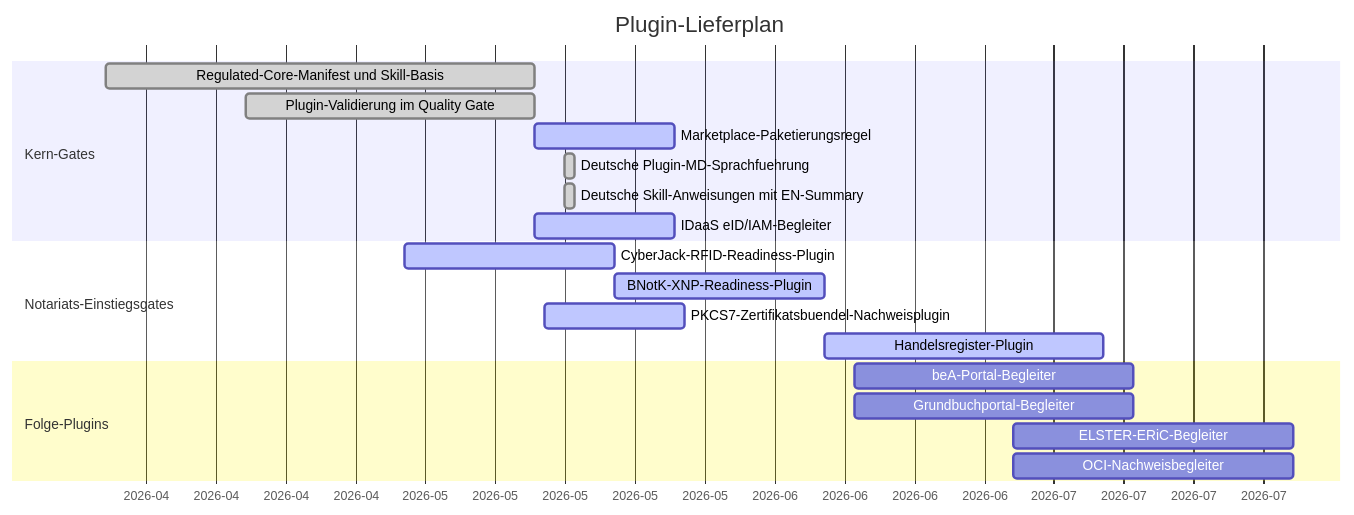
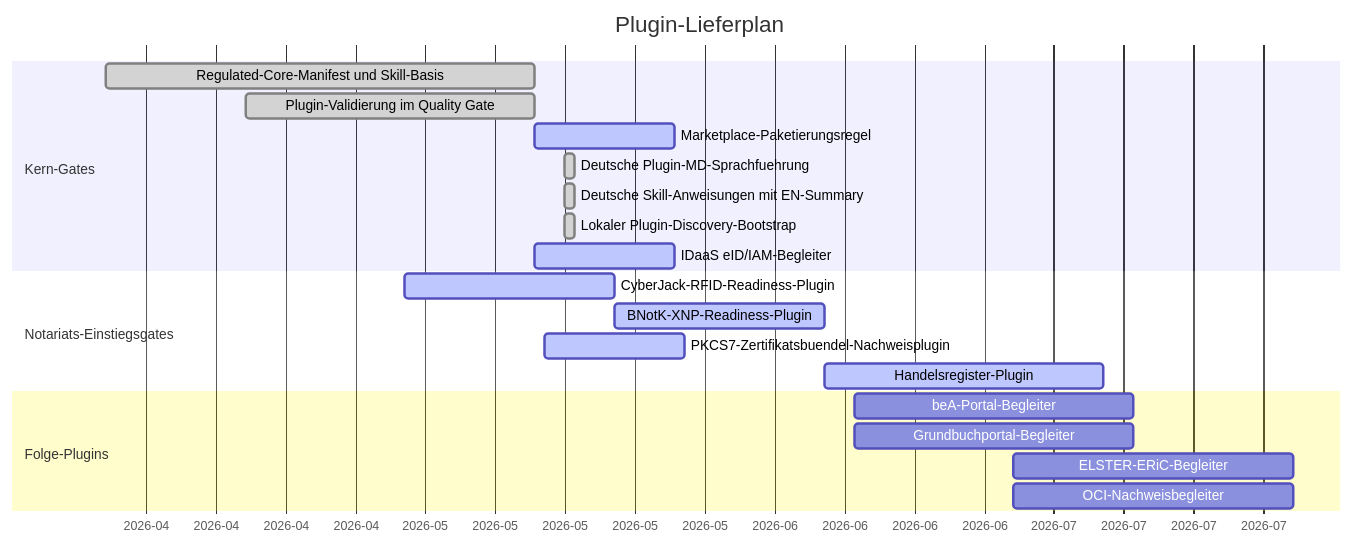
The diagram in plugins/GANTT.md (notariat8/NaC), drawn with Mermaid before and after one commit. The commit also changed other lines of this file and 17 other files, not shown here.

Commit message:
Add local Codex plugin bootstrap

````diff
--- a/plugins/GANTT.md
+++ b/plugins/GANTT.md
@@ -5,26 +5,27 @@
 ```mermaid
 gantt
     title Plugin-Lieferplan
     dateFormat  YYYY-MM-DD
     axisFormat  %Y-%m
 
     section Kern-Gates
     Regulated-Core-Manifest und Skill-Basis    :done,   p1, 2026-04-01, 2026-05-14
     Plugin-Validierung im Quality Gate         :done,   p2, 2026-04-15, 2026-05-14
     Marketplace-Paketierungsregel              :active, p3, 2026-05-14, 14d
     Deutsche Plugin-MD-Sprachfuehrung          :done,   p3a, 2026-05-17, 1d
     Deutsche Skill-Anweisungen mit EN-Summary   :done,   p3b, 2026-05-17, 1d
+    Lokaler Plugin-Discovery-Bootstrap          :done,   p3c, 2026-05-17, 1d
     IDaaS eID/IAM-Begleiter                    :active, p4, 2026-05-14, 14d
 
     section Notariats-Einstiegsgates
     CyberJack-RFID-Readiness-Plugin            :active, p5, 2026-05-01, 21d
     BNotK-XNP-Readiness-Plugin                 :active, p6, after p5, 21d
     PKCS7-Zertifikatsbuendel-Nachweisplugin    :active, p6a, 2026-05-15, 14d
     Handelsregister-Plugin                     :active, p7, after p6, 28d
 
     section Folge-Plugins
     beA-Portal-Begleiter                       :        p8, 2026-06-15, 28d
     Grundbuchportal-Begleiter                  :        p9, 2026-06-15, 28d
     ELSTER-ERiC-Begleiter                      :        p10, 2026-07-01, 28d
     OCI-Nachweisbegleiter                      :        p11, 2026-07-01, 28d
 ```
````
